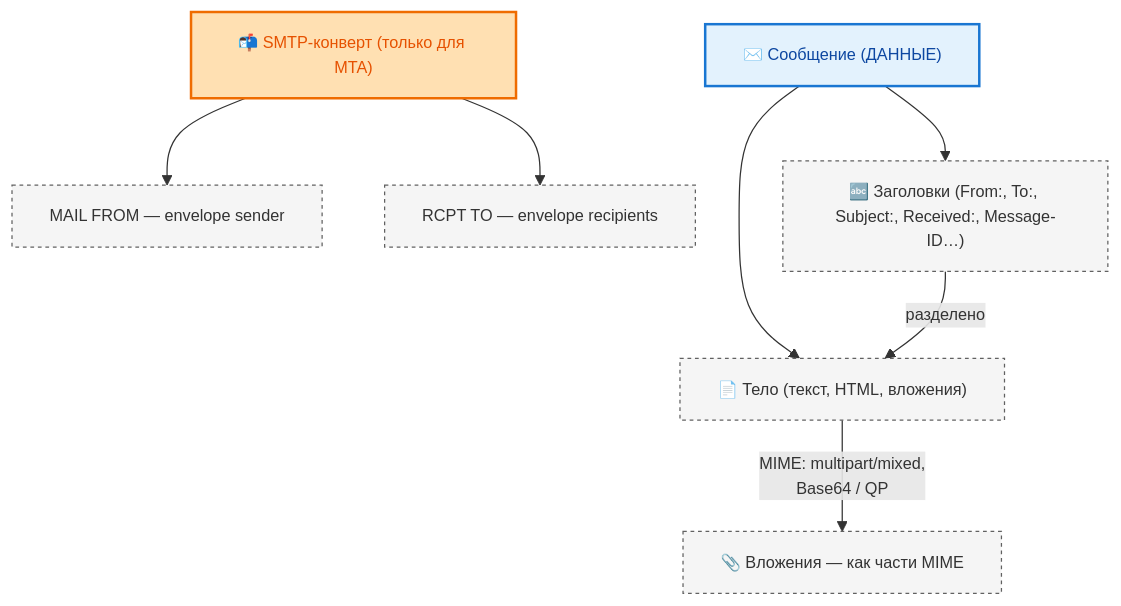
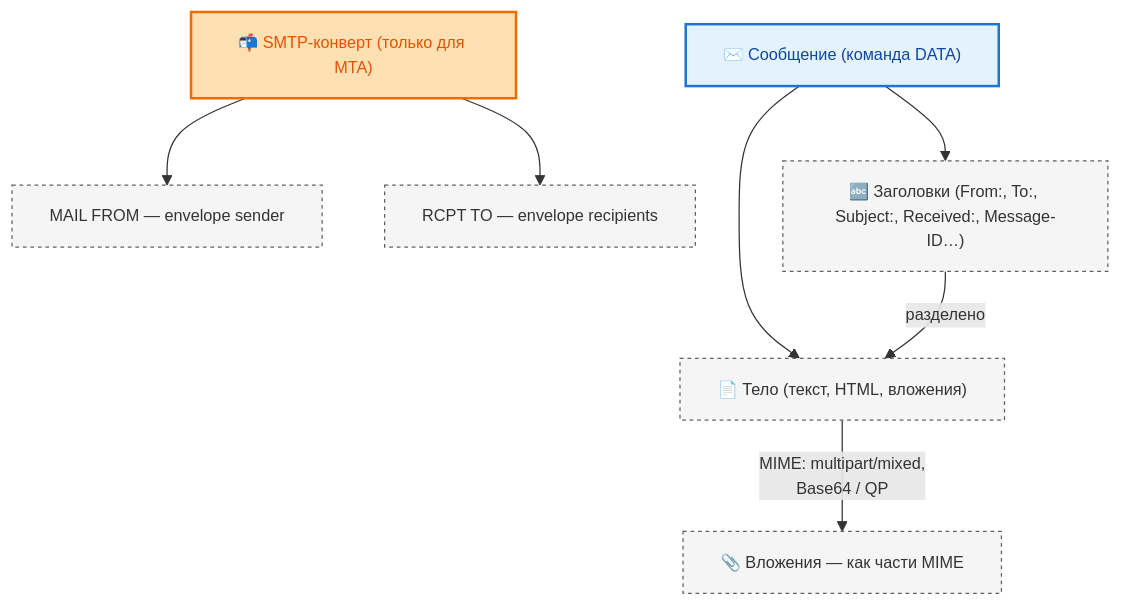
Before and after one commit to Spirzen/it-knowledge-base: the fifth of 10 diagrams in docs/encyclopedia/1-basics/1-22-kommunikatsiya-i-obschenie/3.md, drawn with Mermaid. The commit also changed other lines of this file and 1180 other files, not shown here.

````diff
--- a/docs/encyclopedia/1-basics/1-22-kommunikatsiya-i-obschenie/3.md
+++ b/docs/encyclopedia/1-basics/1-22-kommunikatsiya-i-obschenie/3.md
@@ -220,28 +243,28 @@
 ```mermaid
 %%{init: {
   "theme": "default",
   "themeVariables": {
     "fontSize": "13px",
     "fontFamily": "Segoe UI, Tahoma, sans-serif"
   }
 }}%%
 
 flowchart TB
     classDef envelope fill:#ffe0b2,stroke:#ef6c00,stroke-width:2px,color:#e65100;
     classDef message fill:#e3f2fd,stroke:#1976d2,stroke-width:2px,color:#0d47a1;
     classDef part fill:#f5f5f5,stroke:#616161,stroke-dasharray: 3 3;
 
     Envelope["📬 SMTP-конверт (только для MTA)"]:::envelope
-    Message["✉️ Сообщение (ДАННЫЕ)"]:::message
+    Message["✉️ Сообщение (команда DATA)"]:::message
 
     Envelope --> E1["MAIL FROM — envelope sender"]:::part
     Envelope --> E2["RCPT TO — envelope recipients"]:::part
 
     Message --> H["🔤 Заголовки (From:, To:, Subject:, Received:, Message-ID…)"]:::part
     Message --> B["📄 Тело (текст, HTML, вложения)"]:::part
 
     H -->|разделено| B
     B -->|MIME: multipart/mixed,\nBase64 / QP| note["📎 Вложения — как части MIME"]:::part
 
     class E1,E2,H,B,note part
 ```
````
